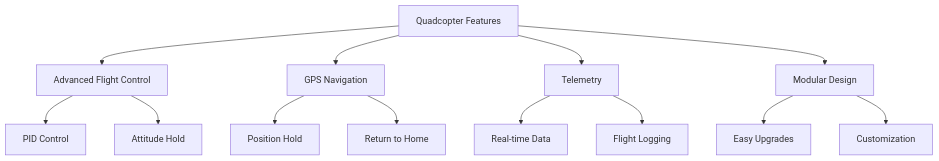
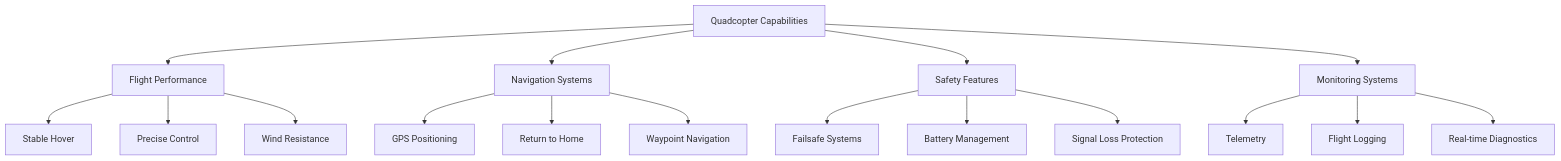
One commit to khairul-me/QuadcopterFromScratch changed the first of 4 diagrams in README.md. Above: the diagram before and after it, drawn with Mermaid. The commit also changed other lines of this file, not shown here.

````diff
--- a/README.md
+++ b/README.md
@@ -37,19 +41,23 @@
 ```mermaid
 graph TD
-    A[Quadcopter Features] --> B[Advanced Flight Control]
-    A --> C[GPS Navigation]
-    A --> D[Telemetry]
-    A --> E[Modular Design]
+    A[Quadcopter Capabilities] --> B[Flight Performance]
+    A --> C[Navigation Systems]
+    A --> D[Safety Features]
+    A --> E[Monitoring Systems]
     
-    B --> B1[PID Control]
-    B --> B2[Attitude Hold]
+    B --> B1[Stable Hover]
+    B --> B2[Precise Control]
+    B --> B3[Wind Resistance]
     
-    C --> C1[Position Hold]
+    C --> C1[GPS Positioning]
     C --> C2[Return to Home]
+    C --> C3[Waypoint Navigation]
     
-    D --> D1[Real-time Data]
-    D --> D2[Flight Logging]
+    D --> D1[Failsafe Systems]
+    D --> D2[Battery Management]
+    D --> D3[Signal Loss Protection]
     
-    E --> E1[Easy Upgrades]
-    E --> E2[Customization]
+    E --> E1[Telemetry]
+    E --> E2[Flight Logging]
+    E --> E3[Real-time Diagnostics]
 ```
````
